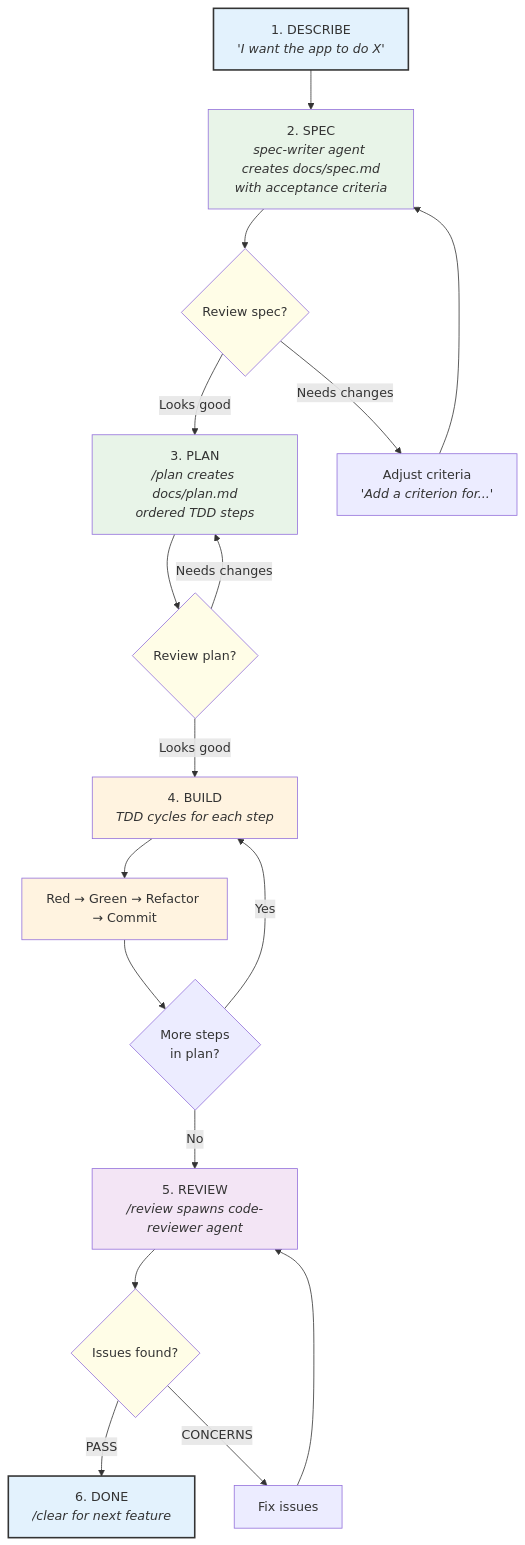
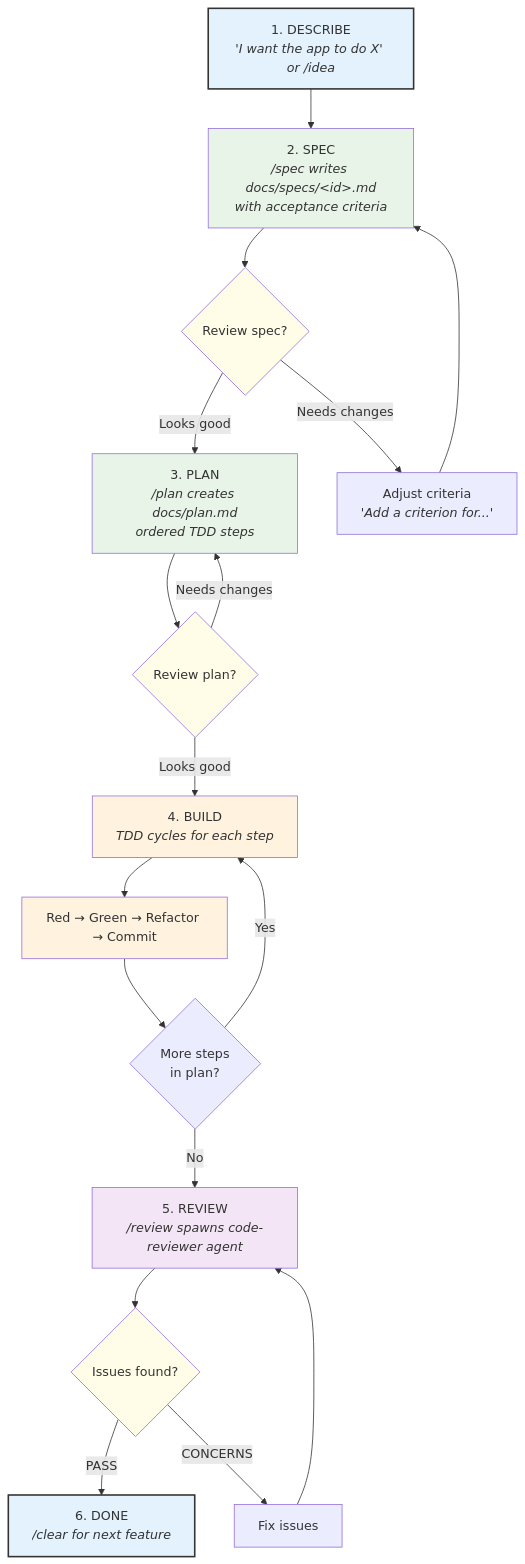
One commit to goldhaxx/ccanvil changed the first of 2 diagrams in preset/.ccanvil/guide/core-workflow.md. Above: the diagram before and after it, drawn with Mermaid. The commit also changed 4 other files, not shown here.

First line of the commit message:
feat(skills): add /spec skill, fix spec-writer agent misfire

````diff
--- a/preset/.ccanvil/guide/core-workflow.md
+++ b/preset/.ccanvil/guide/core-workflow.md
@@ -5,44 +5,44 @@
 ```mermaid
 flowchart TD
-    DESC["1. DESCRIBE<br/><i>'I want the app to do X'</i>"]
-    SPEC["2. SPEC<br/><i>spec-writer agent creates docs/spec.md<br/>with acceptance criteria</i>"]
+    DESC["1. DESCRIBE<br/><i>'I want the app to do X' or /idea</i>"]
+    SPEC["2. SPEC<br/><i>/spec writes docs/specs/&lt;id&gt;.md<br/>with acceptance criteria</i>"]
     REV_SPEC{"Review spec?"}
     ADJ["Adjust criteria<br/><i>'Add a criterion for...'</i>"]
     PLAN["3. PLAN<br/><i>/plan creates docs/plan.md<br/>ordered TDD steps</i>"]
     REV_PLAN{"Review plan?"}
     BUILD["4. BUILD<br/><i>TDD cycles for each step</i>"]
     TDD_CYCLE["Red → Green → Refactor → Commit"]
     MORE{"More steps<br/>in plan?"}
     REVIEW["5. REVIEW<br/><i>/review spawns code-reviewer agent</i>"]
     REV_FB{"Issues found?"}
     FIX["Fix issues"]
     DONE["6. DONE<br/><i>/clear for next feature</i>"]
 
     DESC --> SPEC
     SPEC --> REV_SPEC
     REV_SPEC -->|"Looks good"| PLAN
     REV_SPEC -->|"Needs changes"| ADJ
     ADJ --> SPEC
     PLAN --> REV_PLAN
     REV_PLAN -->|"Looks good"| BUILD
     REV_PLAN -->|"Needs changes"| PLAN
     BUILD --> TDD_CYCLE
     TDD_CYCLE --> MORE
     MORE -->|"Yes"| BUILD
     MORE -->|"No"| REVIEW
     REVIEW --> REV_FB
     REV_FB -->|"PASS"| DONE
     REV_FB -->|"CONCERNS"| FIX
     FIX --> REVIEW
 
     style DESC fill:#e3f2fd,stroke:#333,stroke-width:2px
     style SPEC fill:#e8f4e8
     style PLAN fill:#e8f4e8
     style BUILD fill:#fff3e0
     style TDD_CYCLE fill:#fff3e0
     style REVIEW fill:#f3e5f5
     style DONE fill:#e3f2fd,stroke:#333,stroke-width:2px
     style REV_SPEC fill:#fffde7
     style REV_PLAN fill:#fffde7
     style REV_FB fill:#fffde7
 ```
````
